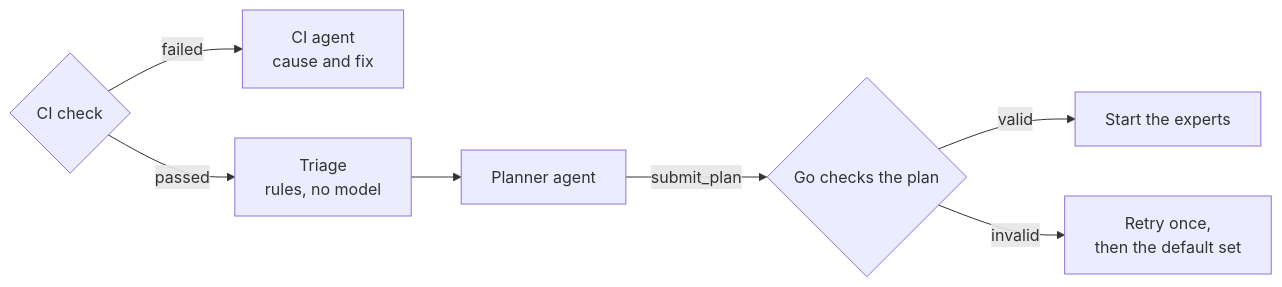
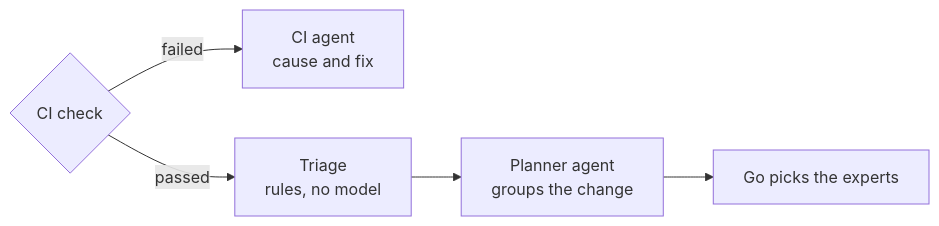
Before and after one commit to Pleasurecruise/eyeful: the diagram in docs/PLANNER.md, drawn with Mermaid. The commit also changed other lines of this file and 51 other files, not shown here.

````diff
--- a/docs/PLANNER.md
+++ b/docs/PLANNER.md
@@ -10,9 +7,7 @@
 ```mermaid
 flowchart LR
     ci{"CI check"} -->|failed| diagnose["CI agent<br/>cause and fix"]
     ci -->|passed| triage["Triage<br/>rules, no model"]
-    triage --> planner["Planner agent"]
-    planner -->|submit_plan| check{"Go checks the plan"}
-    check -->|valid| run["Start the experts"]
-    check -->|invalid| retry["Retry once,<br/>then the default set"]
+    triage --> planner["Planner agent<br/>groups the change"]
+    planner --> pick["Go picks the experts"]
 ```
````
